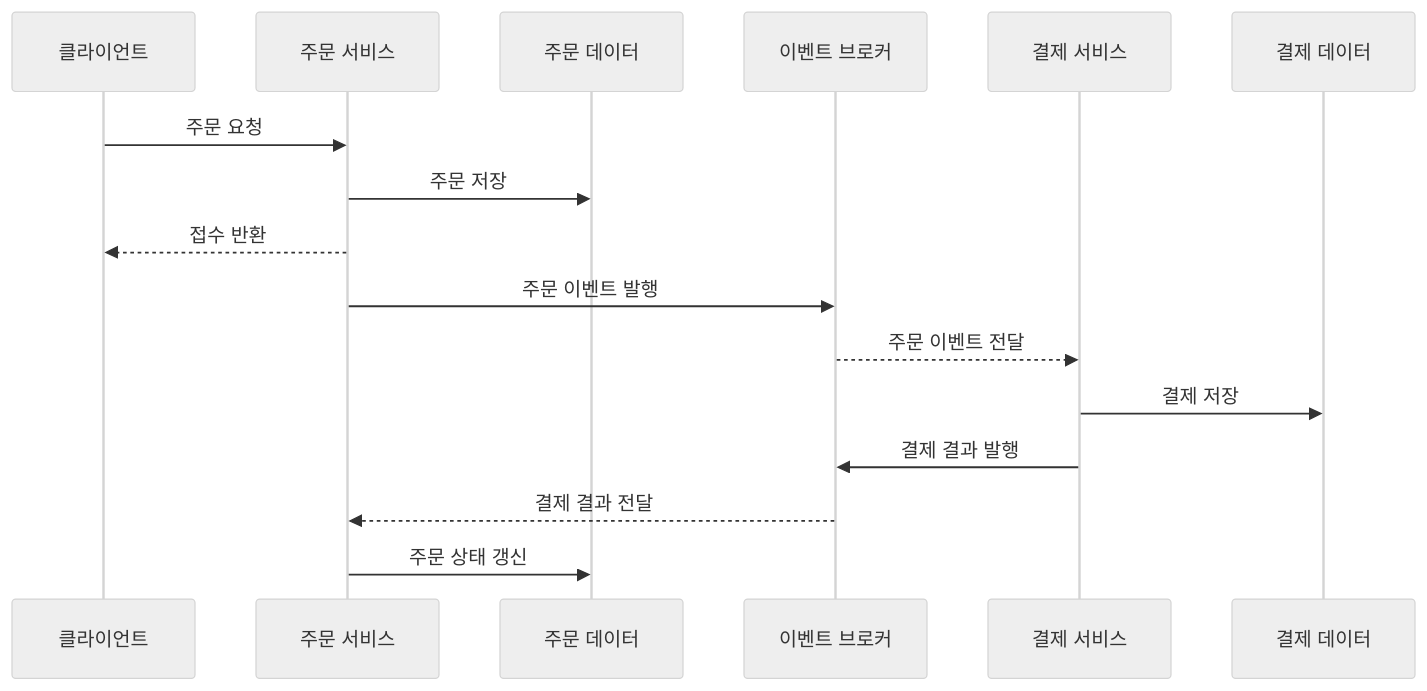
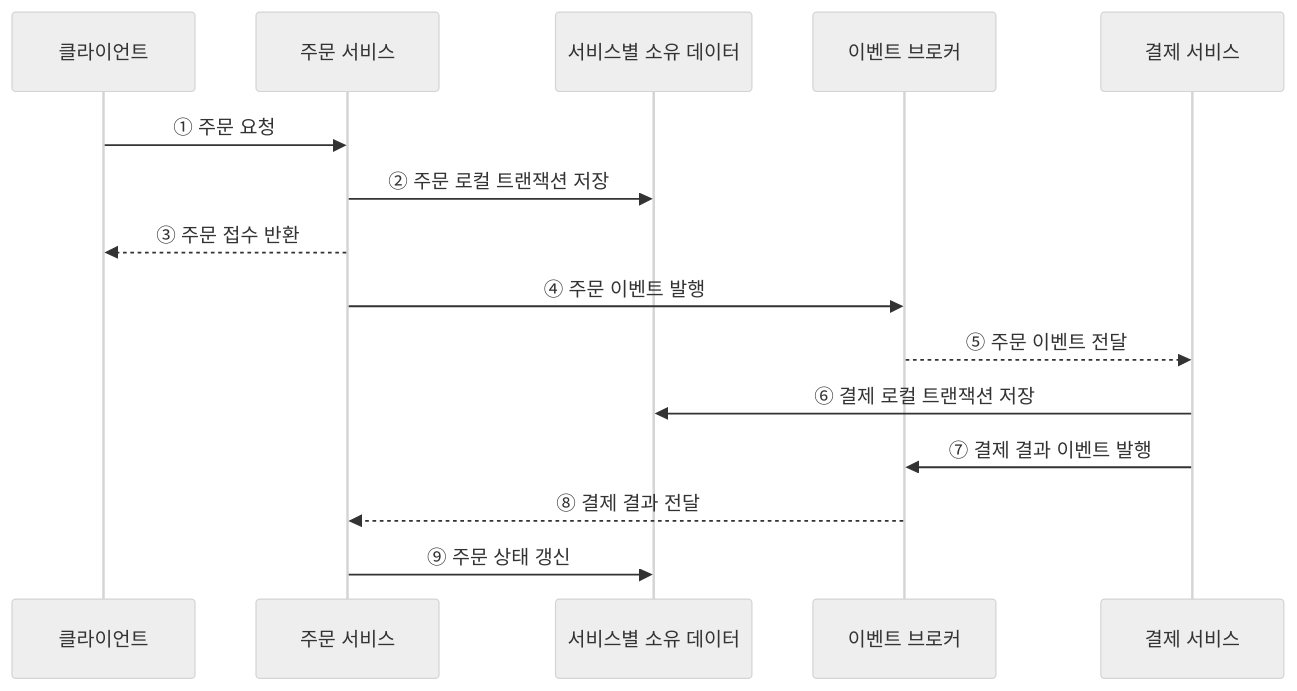
One commit to agnusdei1207/knowledge-base changed the second of 2 diagrams in src/content/docs/notes/03-software/039_microservice_architecture.md. Above: the diagram before and after it, drawn with Mermaid (neutral theme). The commit also changed other lines of this file and 20 other files, not shown here.

````diff
--- a/src/content/docs/notes/03-software/039_microservice_architecture.md
+++ b/src/content/docs/notes/03-software/039_microservice_architecture.md
@@ -111,18 +101,17 @@
 ```mermaid
 sequenceDiagram
     participant C as 클라이언트
     participant O as 주문 서비스
-    participant OD as 주문 데이터
+    participant D as 서비스별 소유 데이터
     participant B as 이벤트 브로커
     participant P as 결제 서비스
-    participant PD as 결제 데이터
-    C->>O: 주문 요청
-    O->>OD: 주문 저장
-    O-->>C: 접수 반환
-    O->>B: 주문 이벤트 발행
-    B-->>P: 주문 이벤트 전달
-    P->>PD: 결제 저장
-    P->>B: 결제 결과 발행
-    B-->>O: 결제 결과 전달
-    O->>OD: 주문 상태 갱신
+    C->>O: ① 주문 요청
+    O->>D: ② 주문 로컬 트랜잭션 저장
+    O-->>C: ③ 주문 접수 반환
+    O->>B: ④ 주문 이벤트 발행
+    B-->>P: ⑤ 주문 이벤트 전달
+    P->>D: ⑥ 결제 로컬 트랜잭션 저장
+    P->>B: ⑦ 결제 결과 이벤트 발행
+    B-->>O: ⑧ 결제 결과 전달
+    O->>D: ⑨ 주문 상태 갱신
 ```
````
